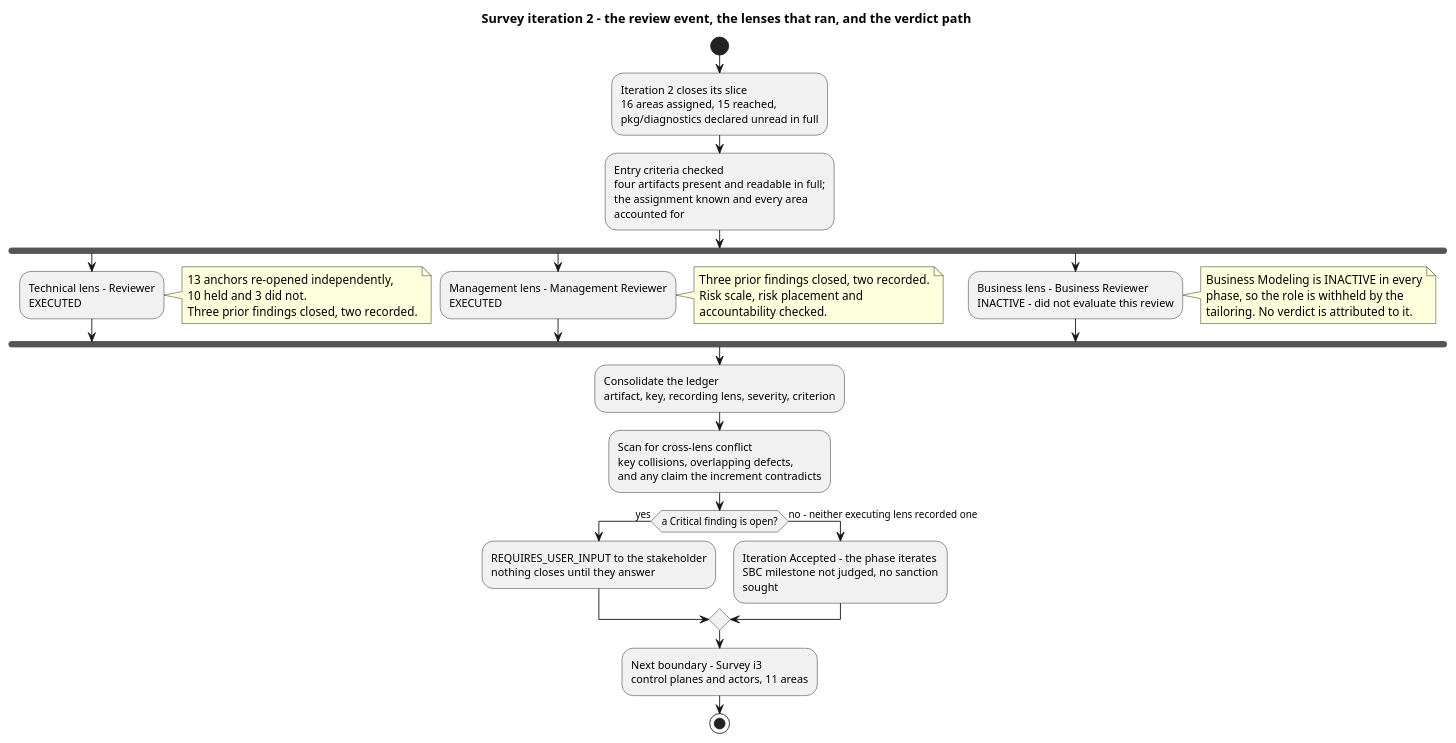
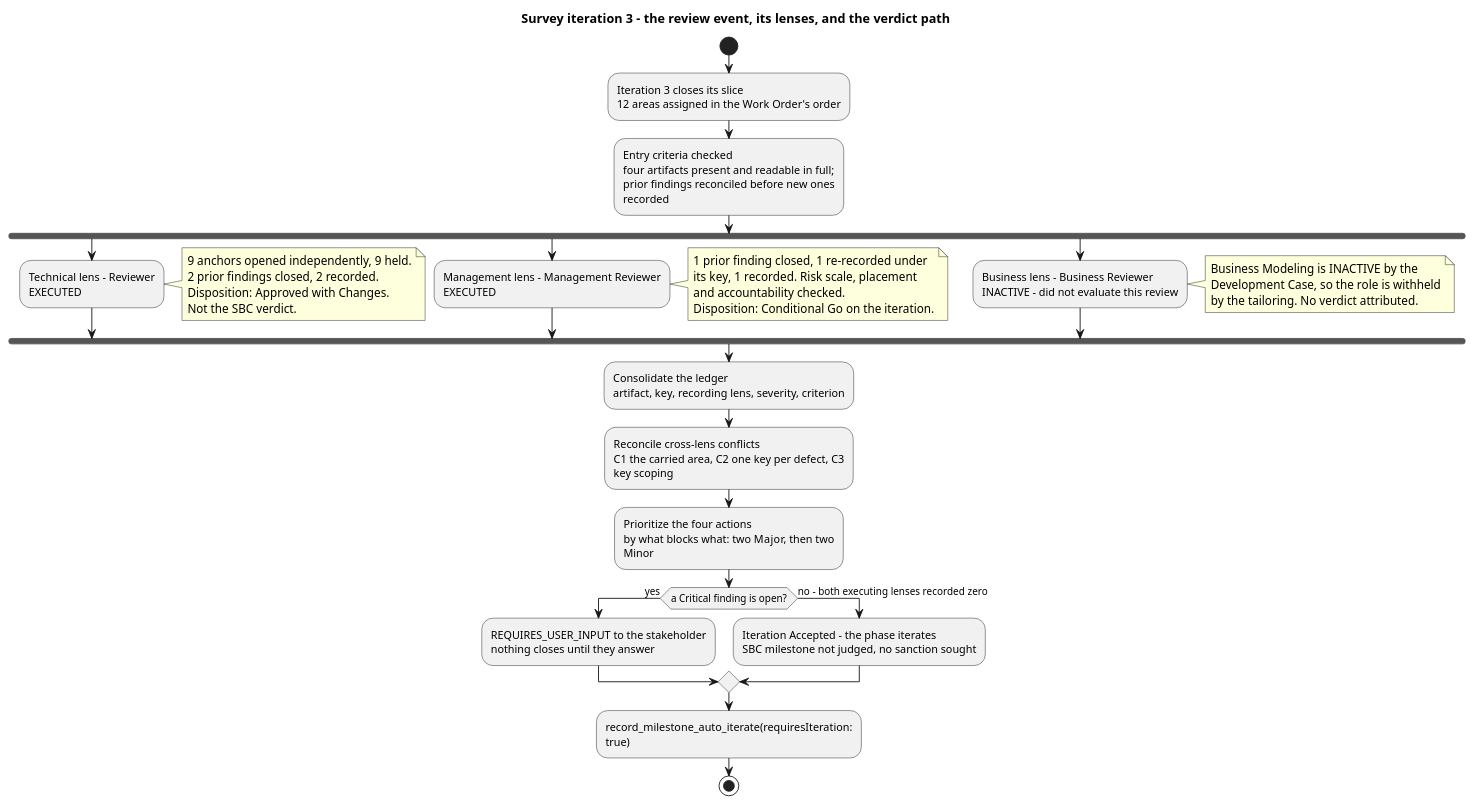
The second of 13 diagrams in docs/artifacts/project-management/review-record.md (banense-test/dapr), drawn with PlantUML before and after one commit. The commit also changed other lines of this file, not shown here.

First line of the commit message:
Review Coordinator [Survey3]: upsert Review Record

````diff
--- a/docs/artifacts/project-management/review-record.md
+++ b/docs/artifacts/project-management/review-record.md
@@ -193,41 +191,44 @@
 ```plantuml
 @startuml
-title Survey iteration 2 - the review event, the lenses that ran, and the verdict path
-skinparam wrapWidth 260
+title Survey iteration 3 - the review event, its lenses, and the verdict path
+skinparam wrapWidth 270
 
 start
-:Iteration 2 closes its slice\n16 areas assigned, 15 reached,\npkg/diagnostics declared unread in full;
-:Entry criteria checked\nfour artifacts present and readable in full;\nthe assignment known and every area accounted for;
+:Iteration 3 closes its slice\n12 areas assigned in the Work Order's order;
+:Entry criteria checked\nfour artifacts present and readable in full;\nprior findings reconciled before new ones recorded;
 fork
 :Technical lens - Reviewer\nEXECUTED;
 note right
-13 anchors re-opened independently,
-10 held and 3 did not.
-Three prior findings closed, two recorded.
+9 anchors opened independently, 9 held.
+2 prior findings closed, 2 recorded.
+Disposition: Approved with Changes.
+Not the SBC verdict.
 end note
 fork again
 :Management lens - Management Reviewer\nEXECUTED;
 note right
-Three prior findings closed, two recorded.
-Risk scale, risk placement and
-accountability checked.
+1 prior finding closed, 1 re-recorded under
+its key, 1 recorded. Risk scale, placement
+and accountability checked.
+Disposition: Conditional Go on the iteration.
 end note
 fork again
 :Business lens - Business Reviewer\nINACTIVE - did not evaluate this review;
 note right
-Business Modeling is INACTIVE in every
-phase, so the role is withheld by the
-tailoring. No verdict is attributed to it.
+Business Modeling is INACTIVE by the
+Development Case, so the role is withheld
+by the tailoring. No verdict attributed.
 end note
 end fork
 :Consolidate the ledger\nartifact, key, recording lens, severity, criterion;
-:Scan for cross-lens conflict\nkey collisions, overlapping defects,\nand any claim the increment contradicts;
+:Reconcile cross-lens conflicts\nC1 the carried area, C2 one key per defect, C3 key scoping;
+:Prioritize the four actions\nby what blocks what: two Major, then two Minor;
 if (a Critical finding is open?) then (yes)
 :REQUIRES_USER_INPUT to the stakeholder\nnothing closes until they answer;
-else (no - neither executing lens recorded one)
+else (no - both executing lenses recorded zero)
 :Iteration Accepted - the phase iterates\nSBC milestone not judged, no sanction sought;
 endif
-:Next boundary - Survey i3\ncontrol planes and actors, 11 areas;
+:record_milestone_auto_iterate(requiresIteration: true);
 stop
 @enduml
 ```
````
